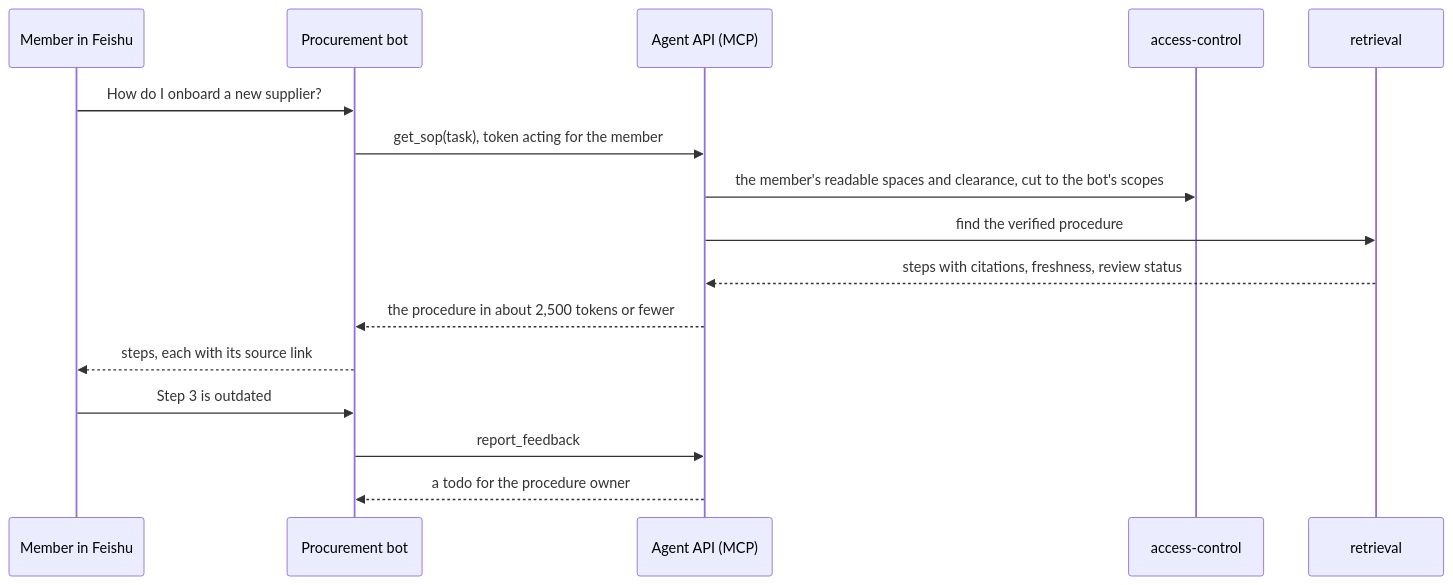
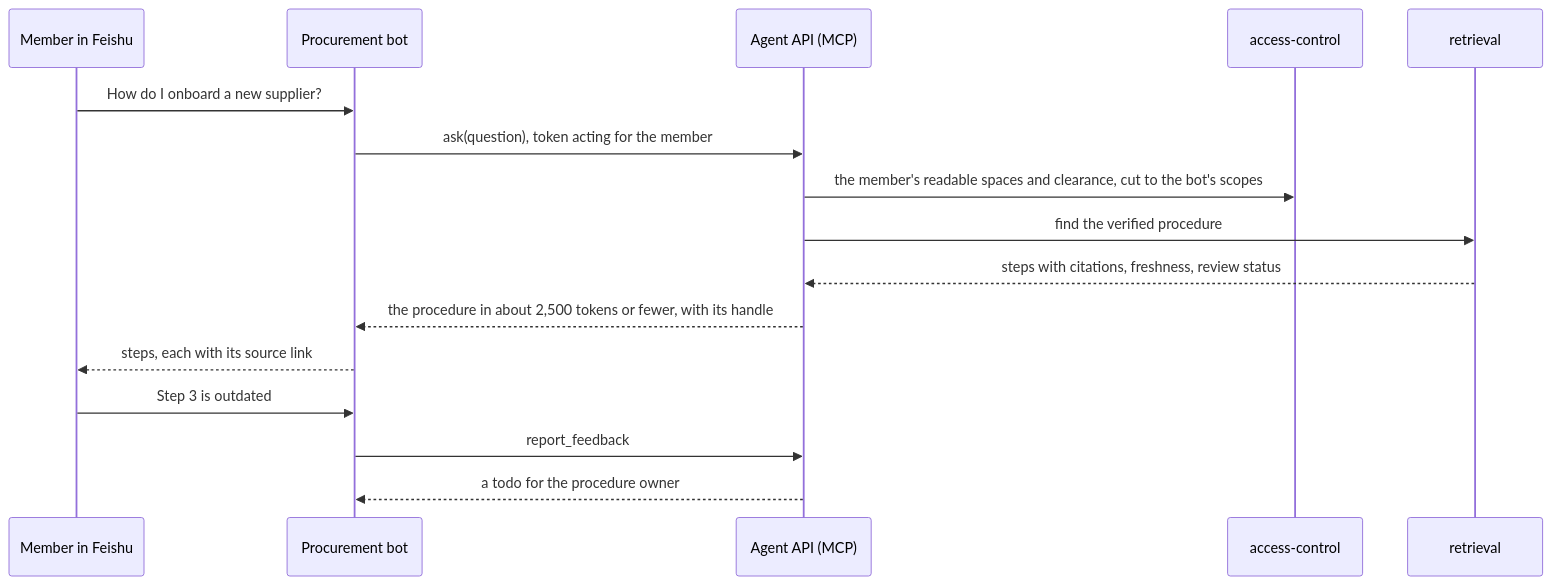
The seventh of 17 diagrams in docs/overview.md (AngelMsger/Inspiration), drawn with Mermaid before and after one commit. The commit also changed other lines of this file and 3 other files, not shown here.

````diff
--- a/docs/overview.md
+++ b/docs/overview.md
@@ -284,18 +284,18 @@
 ```mermaid
 sequenceDiagram
   participant M as Member in Feishu
   participant B as Procurement bot
   participant API as Agent API (MCP)
   participant AZ as access-control
   participant R as retrieval
   M->>B: How do I onboard a new supplier?
-  B->>API: get_sop(task), token acting for the member
+  B->>API: ask(question), token acting for the member
   API->>AZ: the member's readable spaces and clearance, cut to the bot's scopes
   API->>R: find the verified procedure
   R-->>API: steps with citations, freshness, review status
-  API-->>B: the procedure in about 2,500 tokens or fewer
+  API-->>B: the procedure in about 2,500 tokens or fewer, with its handle
   B-->>M: steps, each with its source link
   M->>B: Step 3 is outdated
   B->>API: report_feedback
   API-->>B: a todo for the procedure owner
 ```
````
